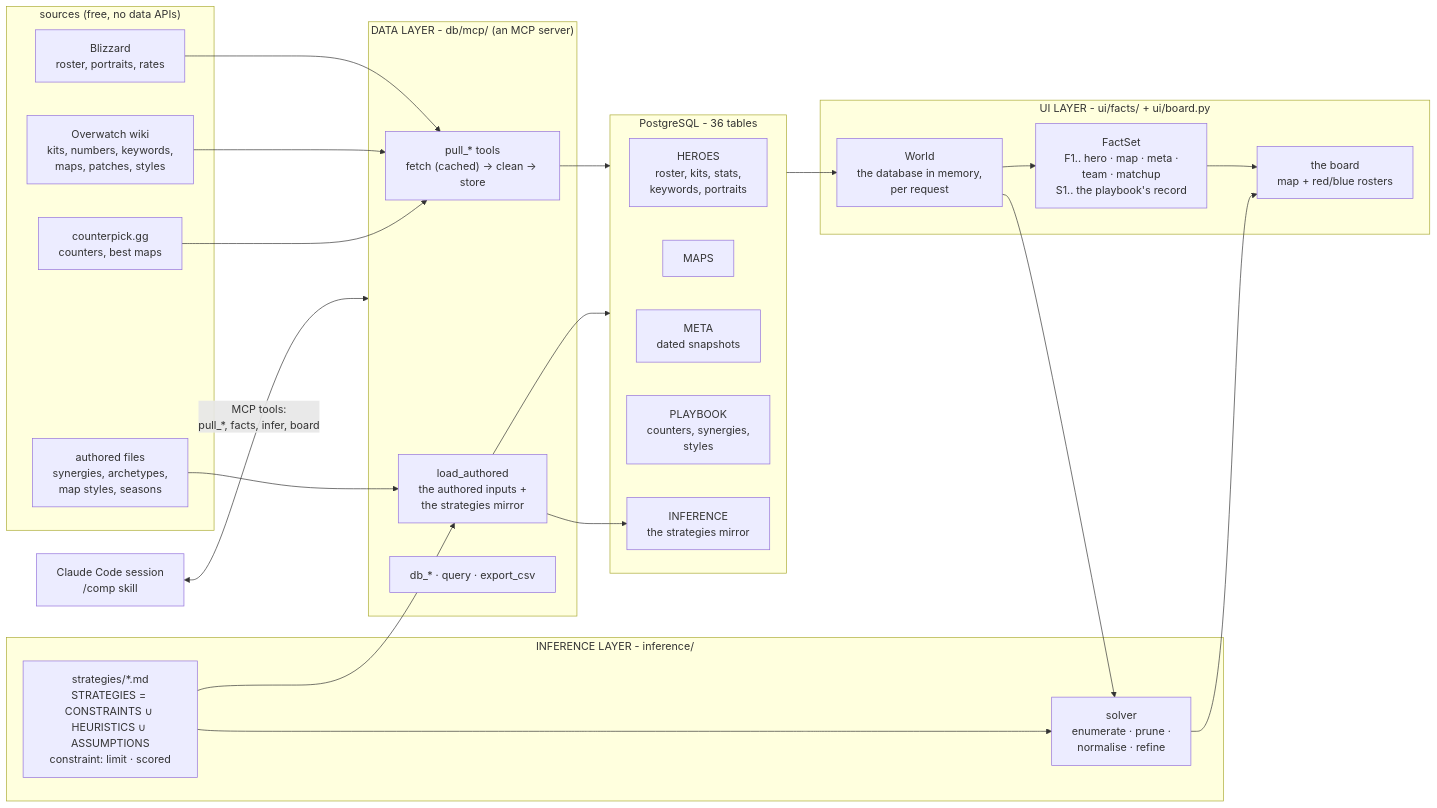
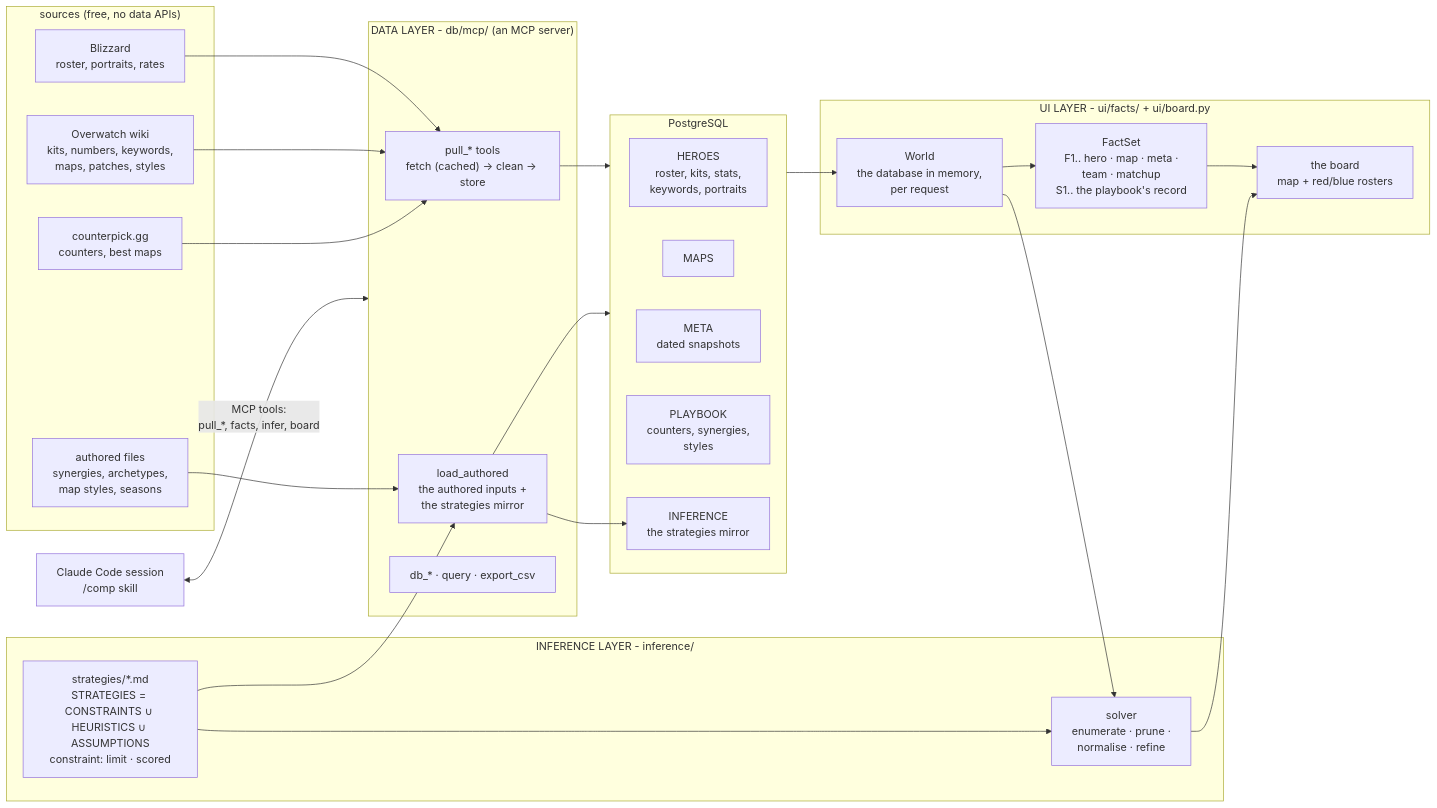
Before and after one commit to mmikol/counter-utility-matrix: the first of 2 diagrams in docs/architecture.md, drawn with Mermaid. The commit also changed other lines of this file and 228 other files, not shown here.

````diff
--- a/docs/architecture.md
+++ b/docs/architecture.md
@@ -38,45 +38,45 @@
 ```mermaid
 flowchart LR
     subgraph SOURCES["sources (free, no data APIs)"]
         BLZ["Blizzard<br/>roster, portraits, rates"]
         WIKI["Overwatch wiki<br/>kits, numbers, keywords,<br/>maps, patches, styles"]
         CPK["counterpick.gg<br/>counters, best maps"]
         CSV["authored files<br/>synergies, archetypes,<br/>map styles, seasons"]
     end
 
     subgraph DATA["DATA LAYER - db/mcp/ (an MCP server)"]
         PULL["pull_* tools<br/>fetch (cached) -> clean -> store"]
         PLAY["load_authored<br/>the authored inputs +<br/>the strategies mirror"]
         DBT["db_* · query · export_csv"]
     end
 
-    subgraph PG["PostgreSQL - 36 tables"]
+    subgraph PG["PostgreSQL"]
         HEROES["HEROES<br/>roster, kits, stats,<br/>keywords, portraits"]
         MAPS["MAPS"]
         META["META<br/>dated snapshots"]
         PLAYBOOK["PLAYBOOK<br/>counters, synergies,<br/>styles"]
         INF["INFERENCE<br/>the strategies mirror"]
     end
 
     subgraph USER["UI LAYER - ui/facts/ + ui/board.py"]
         WORLD["World<br/>the database in memory,<br/>per request"]
         FACTS["FactSet<br/>F1.. hero · map · meta ·<br/>team · matchup<br/>S1.. the playbook's record"]
         BOARD["the board<br/>map + red/blue rosters"]
     end
 
     subgraph INFER["INFERENCE LAYER - inference/"]
         HEUR["strategies/*.md<br/>STRATEGIES = CONSTRAINTS ∪ HEURISTICS ∪ ASSUMPTIONS<br/>constraint: limit · scored"]
         SOLVER["solver<br/>enumerate · prune ·<br/>normalise · refine"]
     end
 
     BLZ & WIKI & CPK --> PULL
     CSV --> PLAY
     HEUR --> PLAY
     PLAY --> INF
     PULL & PLAY --> PG
     PG --> WORLD --> FACTS --> BOARD
     WORLD --> SOLVER
     HEUR --> SOLVER
     SOLVER --> BOARD
     CHAT["Claude Code session<br/>/comp skill"] <-->|"MCP tools:<br/>pull_*, facts, infer, board"| DATA
 ```
````
